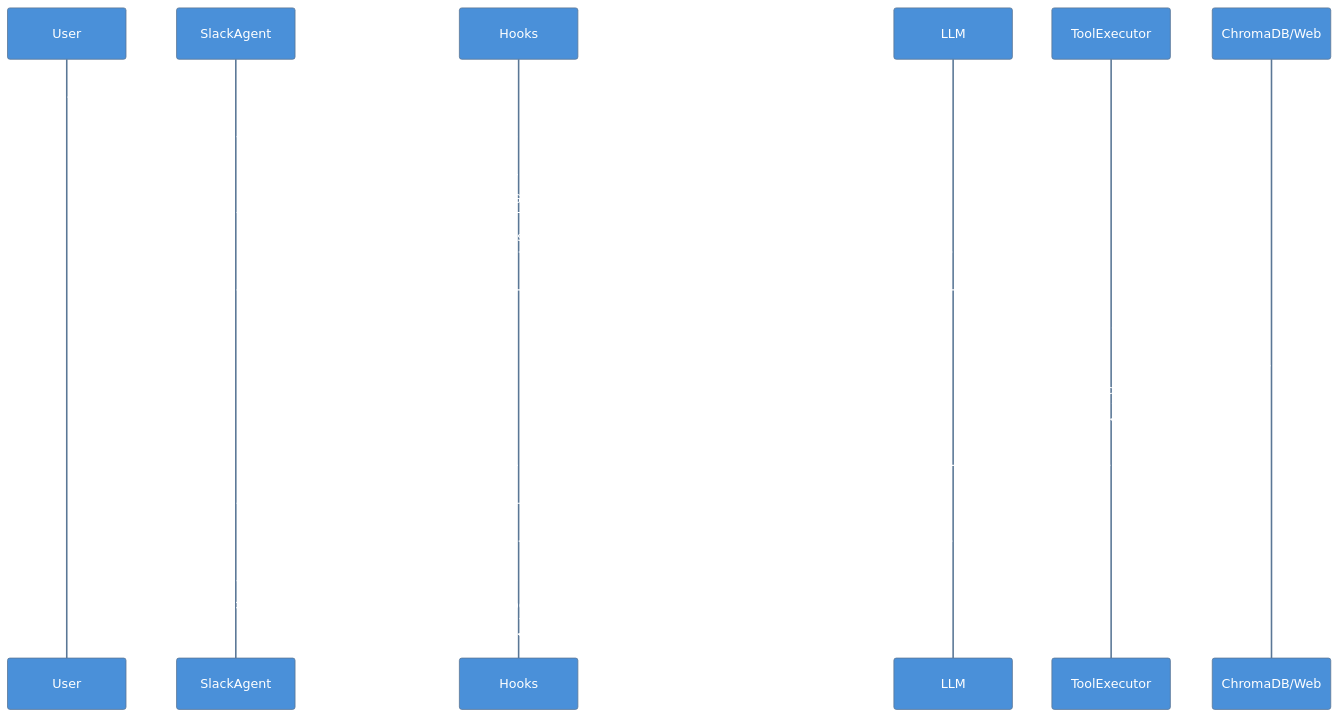
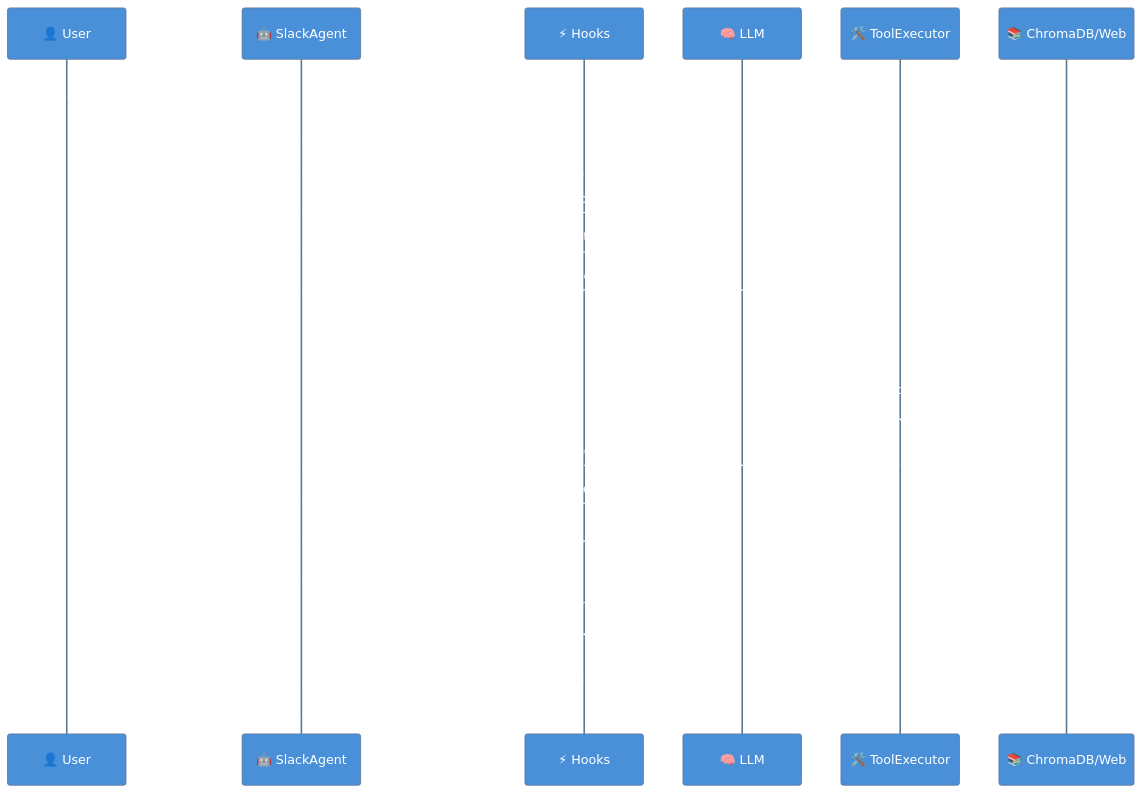
One commit to earchibald/home-brain changed the diagram in docs/report_images/tool_loop_sequence.mmd. Above: the diagram before and after it, drawn with Mermaid. The commit also changed 1 other file, not shown here.

Commit message:
Fix corrupted tool_loop_sequence diagram
- Repaired corrupted mermaid syntax
- Added emoji icons for better visualization
- Regenerated all diagram PNGs

```diff
--- a/docs/report_images/tool_loop_sequence.mmd
+++ b/docs/report_images/tool_loop_sequence.mmd
@@ -1,27 +1,30 @@
 %%{init: {'theme': 'base', 'themeVariables': { 'primaryColor': '#4a90d9', 'primaryTextColor': '#fff', 'lineColor': '#5a6f85'}}}%%
 sequenceDiagram
-    participant User as User
-    participant Agent as SlackAgent
-    participant Hooks as Hooks
-    participant LLM as LLM
-    participant Tools as ToolExecutor
-    participant Brain as ChromaDB/Web
+    participant User as 👤 User
+    participant Agent as 🤖 SlackAgent
+    participant Hooks as ⚡ Hooks
+    participant LLM as 🧠 LLM
+    participant Tools as 🛠️ ToolExecutor
+    participant Brain as 📚 ChromaDB/Web
 
-    User->>Agent: Message received
+    User->>Agent: "Find React hooks info"
     Agent->>Hooks: Pre-process: intent_classifier_hook()
     Hooks-->>Agent: Intent: RESEARCH
     
     Agent->>LLM: Generate (tools available)
     LLM-->>Agent: tool_use: web_search("React hooks")
     
     Agent->>Tools: Execute tool
     Tools->>Brain: Fetch results
     Brain-->>Tools: Snippets + URLs
     Tools->>Tools: Record sources to tracker
     Tools-->>Agent: ToolResult
     
     Agent->>LLM: Tool context + original question
     LLM-->>Agent: Final answer text
     
     Agent->>Hooks: Post-process: citation_hook()
-    Hooks->>Hooks: Format    Hooks->>Hooks: Format    Hooks->>Hooks: Format    Hooks->>Hooks: Format    Hooks->>Hooksesponse with citations
+    Hooks->>Hooks: Format citations from tracker
+    Hooks-->>Agent: Enhanced response
+    
+    Agent->>User: Final response with citations
```
